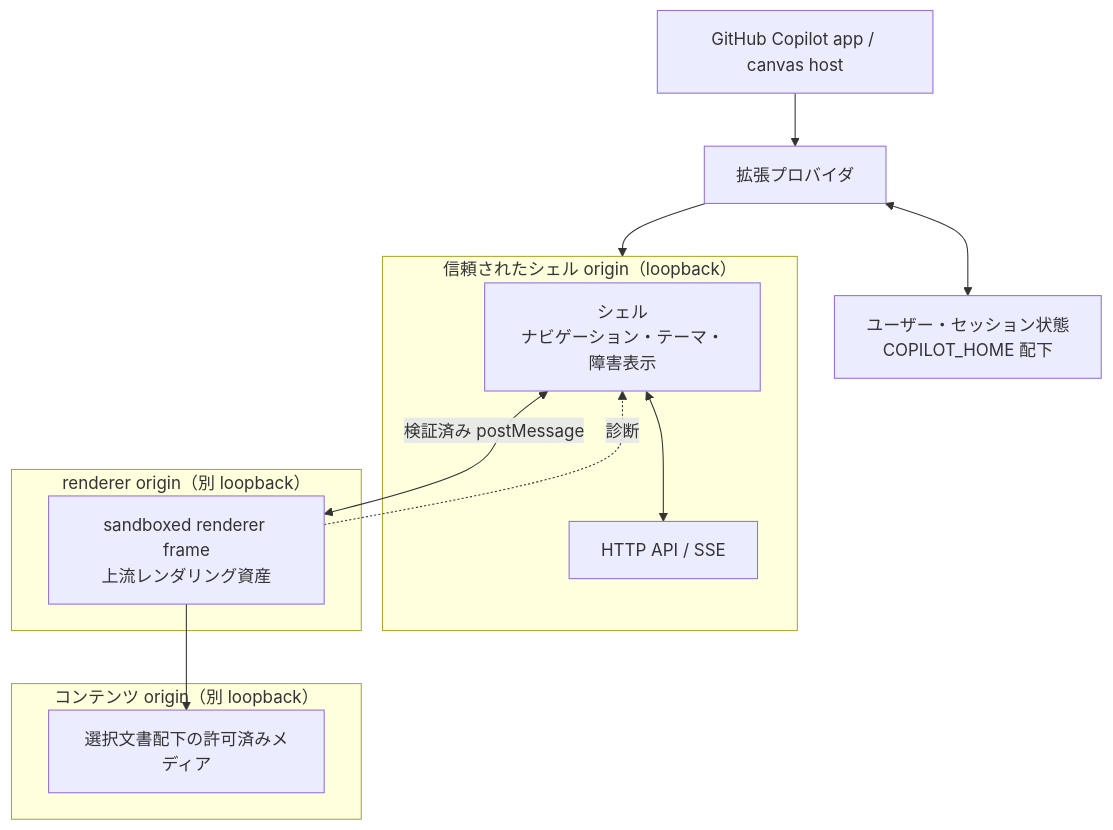
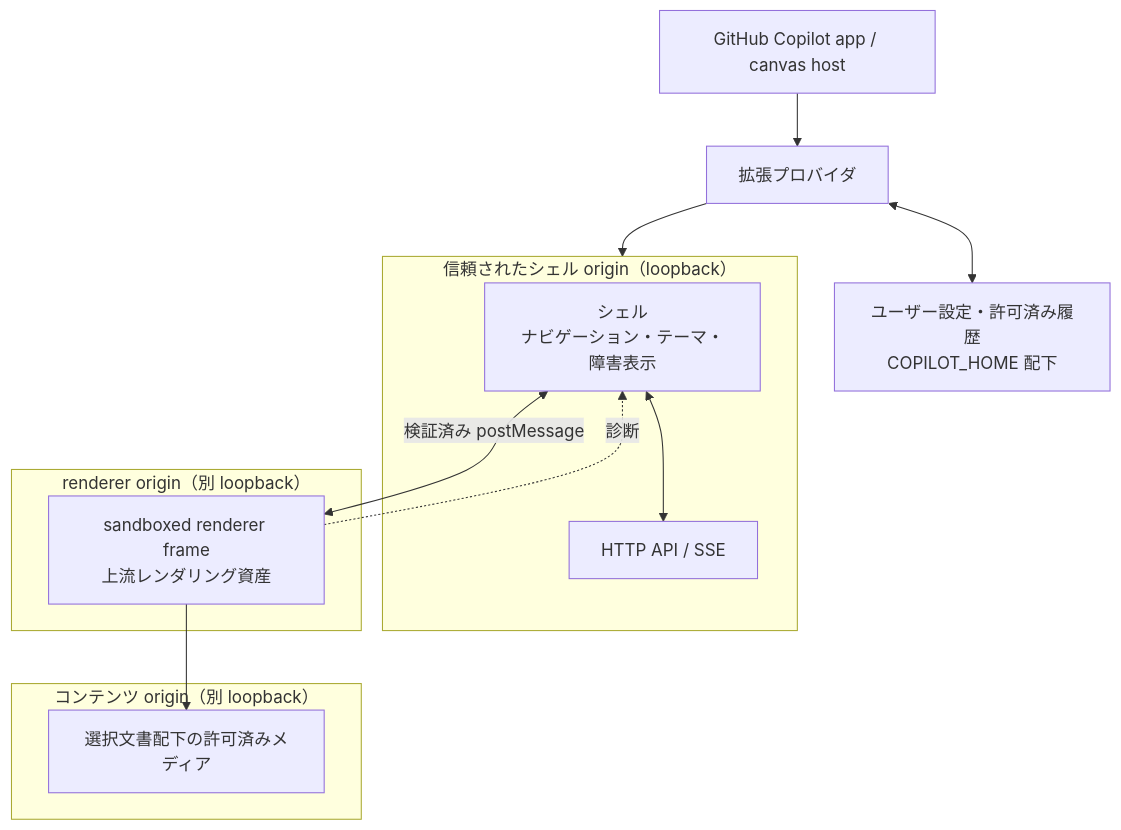
Before and after one commit to runceel/SkimDownForGitHubCopilotApp: the diagram in docs/architecture.md, drawn with Mermaid. The commit also changed other lines of this file and 12 other files, not shown here.

````diff
--- a/docs/architecture.md
+++ b/docs/architecture.md
@@ -25,27 +25,27 @@
 ```mermaid
 flowchart TB
     host["GitHub Copilot app / canvas host"]
     provider["拡張プロバイダ"]
-    state["ユーザー・セッション状態<br/>COPILOT_HOME 配下"]
+    state["ユーザー設定・許可済み履歴<br/>COPILOT_HOME 配下"]
 
     subgraph asset["信頼されたシェル origin（loopback）"]
         shell["シェル<br/>ナビゲーション・テーマ・障害表示"]
         api["HTTP API / SSE"]
     end
 
     subgraph render["renderer origin（別 loopback）"]
         renderer["sandboxed renderer frame<br/>上流レンダリング資産"]
     end
 
     subgraph content["コンテンツ origin（別 loopback）"]
         media["選択文書配下の許可済みメディア"]
     end
 
     host --> provider
     provider --> asset
     provider <--> state
     shell <-->|"検証済み postMessage"| renderer
     shell <--> api
     renderer -. "診断" .-> shell
     renderer --> media
 ```
````
